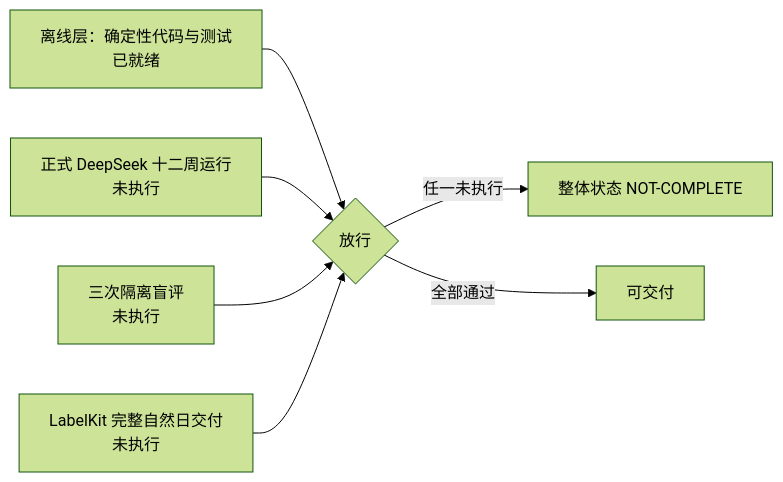
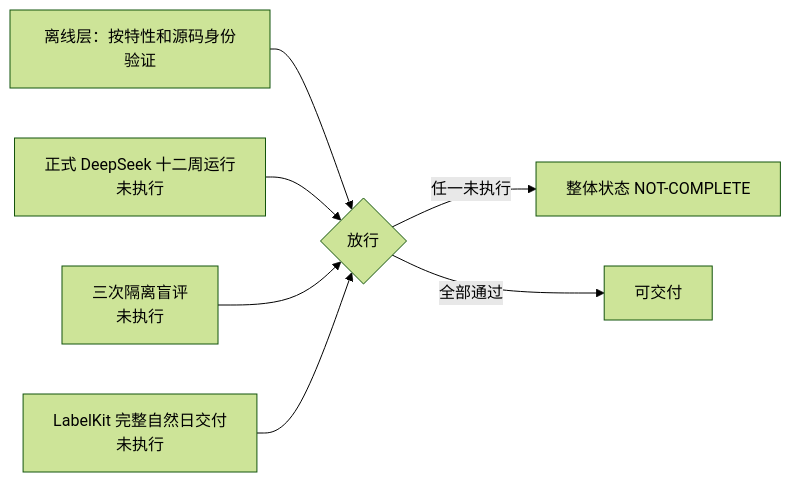
One commit to HoldThatThgt/WorldMock changed the first of 4 diagrams in docs/VERIFICATION.md. Above: the diagram before and after it, drawn with Mermaid (forest theme). The commit also changed other lines of this file and 249 other files, not shown here.

````diff
--- a/docs/VERIFICATION.md
+++ b/docs/VERIFICATION.md
@@ -10,9 +10,9 @@
 ```mermaid
 flowchart LR
-    A[离线层：确定性代码与测试<br/>已就绪] --> D{放行}
+    A[离线层：按特性和源码身份验证] --> D{放行}
     B[正式 DeepSeek 十二周运行<br/>未执行] --> D
     C[三次隔离盲评<br/>未执行] --> D
     E[LabelKit 完整自然日交付<br/>未执行] --> D
     D -->|任一未执行| F[整体状态 NOT-COMPLETE]
     D -->|全部通过| G[可交付]
 ```
````
